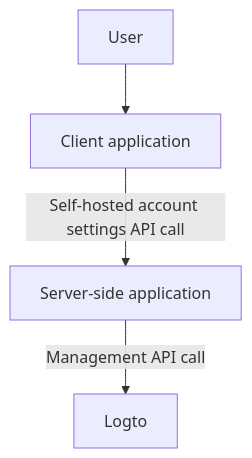
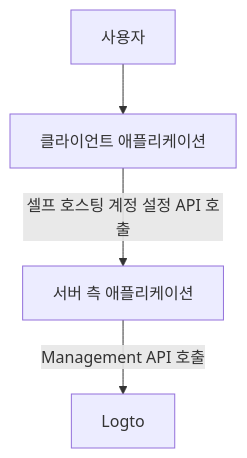
One commit to logto-io/docs changed the first of 3 diagrams in i18n/ko/docusaurus-plugin-content-docs/current/end-user-flows/account-settings/by-management-api.mdx. Above: the diagram before and after it, drawn with Mermaid. The commit also changed other lines of this file and 162 other files, not shown here.

````diff
--- a/i18n/ko/docusaurus-plugin-content-docs/current/end-user-flows/account-settings/by-management-api.mdx
+++ b/i18n/ko/docusaurus-plugin-content-docs/current/end-user-flows/account-settings/by-management-api.mdx
@@ -13,6 +13,7 @@
 ```mermaid
   graph TB
-    A[User] --> B[Client application]
-    B -->|Self-hosted account settings API call|C[Server-side application]
-    C -->|Management API call| D[Logto]
+    A[사용자]
+    --> B[클라이언트 애플리케이션]
+    B -->|셀프 호스팅 계정 설정 API 호출|C[서버 측 애플리케이션]
+    C -->|Management API 호출| D[Logto]
 ```
````
